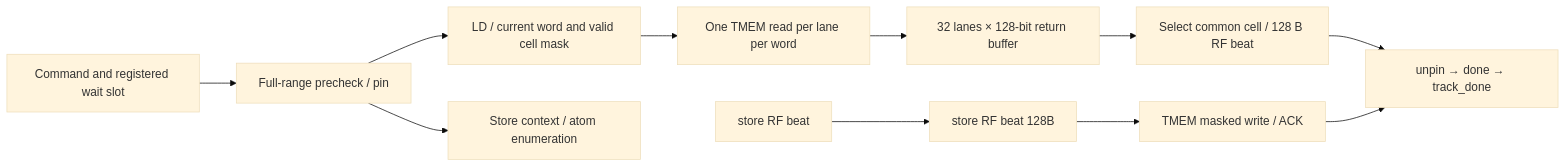
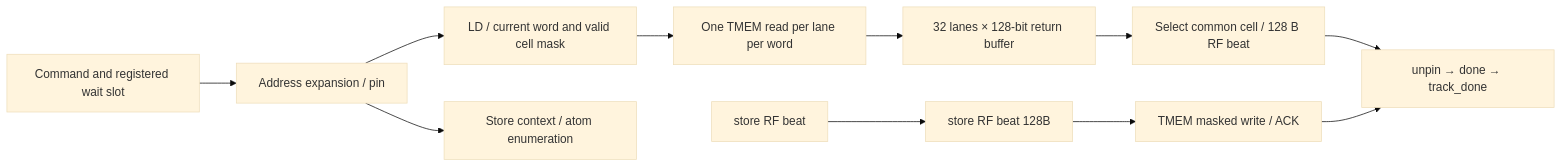
One commit to yuhin777/Allegro changed the diagram in doc/rtl_specs/tmem/blackwell_tmem_ldst_engine.md. Above: the diagram before and after it, drawn with Mermaid (base theme). The commit also changed other lines of this file and 27 other files, not shown here.

````diff
--- a/doc/rtl_specs/tmem/blackwell_tmem_ldst_engine.md
+++ b/doc/rtl_specs/tmem/blackwell_tmem_ldst_engine.md
@@ -25,12 +24,12 @@
 ```mermaid
 flowchart LR
-    C["Command and registered wait slot"] --> PRE["Full-range precheck / pin"]
+    C["Command and registered wait slot"] --> PRE["Address expansion / pin"]
     PRE --> L["LD / current word and valid cell mask"]
     PRE --> S["Store context / atom enumeration"]
     L --> RD["One TMEM read per lane per word"]
     RD --> ROW["32 lanes × 128-bit return buffer"]
     ROW --> G["Select common cell / 128 B RF beat"]
     RF[store RF beat] --> BUF[store RF beat 128B]
     BUF --> WR["TMEM masked write / ACK"]
     G & WR --> DONE[unpin → done → track_done]
 ```
````
